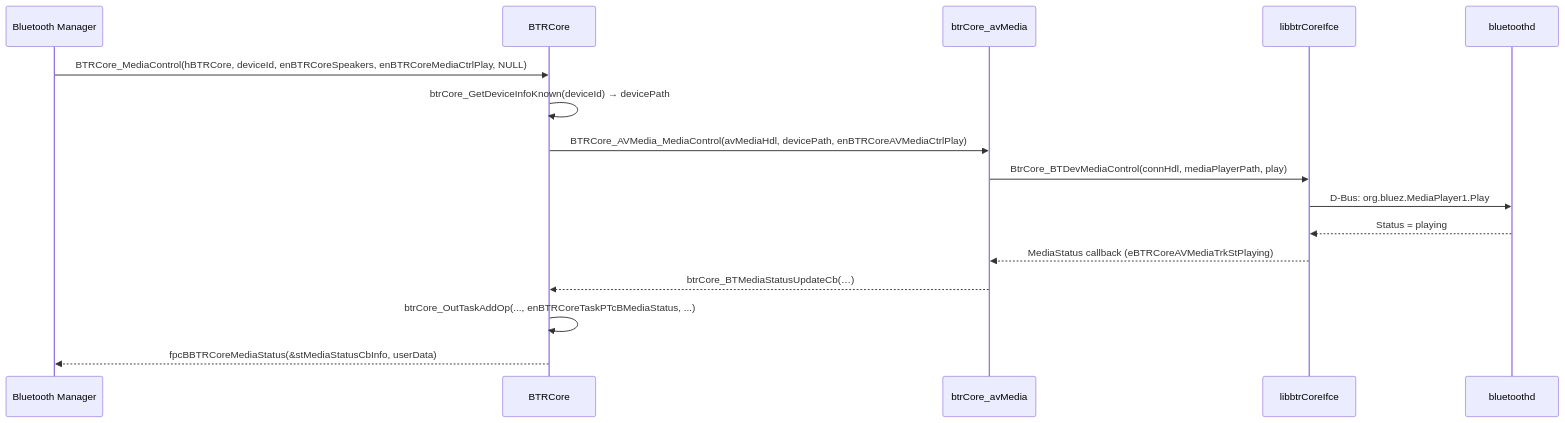
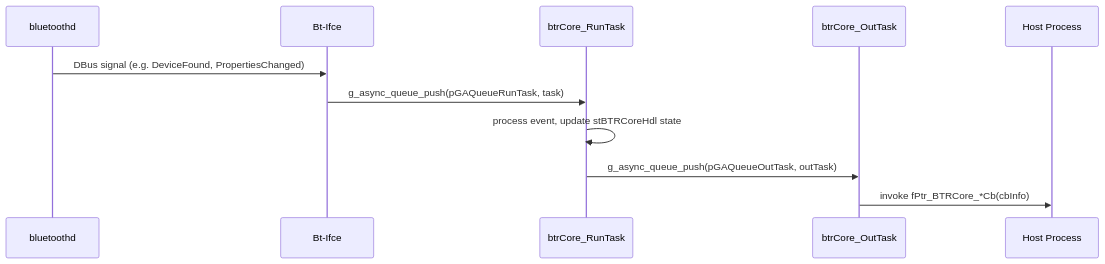
Before and after one commit to rns21/RDK_Documentation: the seventh of 7 diagrams in docs/docu/RDKV-Documentations/bluetooth-core.md, drawn with Mermaid. The commit also changed other lines of this file, not shown here.

````diff
--- a/docs/docu/RDKV-Documentations/bluetooth-core.md
+++ b/docs/docu/RDKV-Documentations/bluetooth-core.md
@@ -649,19 +301,14 @@
 ```mermaid
 sequenceDiagram
-    participant Mgr as Bluetooth Manager
-    participant Core as BTRCore
-    participant AVM as btrCore_avMedia
-    participant Ifce as libbtrCoreIfce
     participant BlueZ as bluetoothd
+    participant BtIfce as Bt-Ifce
+    participant RunTask as btrCore_RunTask
+    participant OutTask as btrCore_OutTask
+    participant Host as Host Process
 
-    Mgr->>Core: BTRCore_MediaControl(hBTRCore, deviceId, enBTRCoreSpeakers, enBTRCoreMediaCtrlPlay, NULL)
-    Core->>Core: btrCore_GetDeviceInfoKnown(deviceId) → devicePath
-    Core->>AVM: BTRCore_AVMedia_MediaControl(avMediaHdl, devicePath, enBTRCoreAVMediaCtrlPlay)
-    AVM->>Ifce: BtrCore_BTDevMediaControl(connHdl, mediaPlayerPath, play)
-    Ifce->>BlueZ: D-Bus: org.bluez.MediaPlayer1.Play
-    BlueZ-->>Ifce: Status = playing
-    Ifce-->>AVM: MediaStatus callback (eBTRCoreAVMediaTrkStPlaying)
-    AVM-->>Core: btrCore_BTMediaStatusUpdateCb(…)
-    Core->>Core: btrCore_OutTaskAddOp(..., enBTRCoreTaskPTcBMediaStatus, ...)
-    Core-->>Mgr: fpcBBTRCoreMediaStatus(&stMediaStatusCbInfo, userData)
+    BlueZ->>BtIfce: DBus signal (e.g. DeviceFound, PropertiesChanged)
+    BtIfce->>RunTask: g_async_queue_push(pGAQueueRunTask, task)
+    RunTask->>RunTask: process event, update stBTRCoreHdl state
+    RunTask->>OutTask: g_async_queue_push(pGAQueueOutTask, outTask)
+    OutTask->>Host: invoke fPtr_BTRCore_*Cb(cbInfo)
 ```
````
